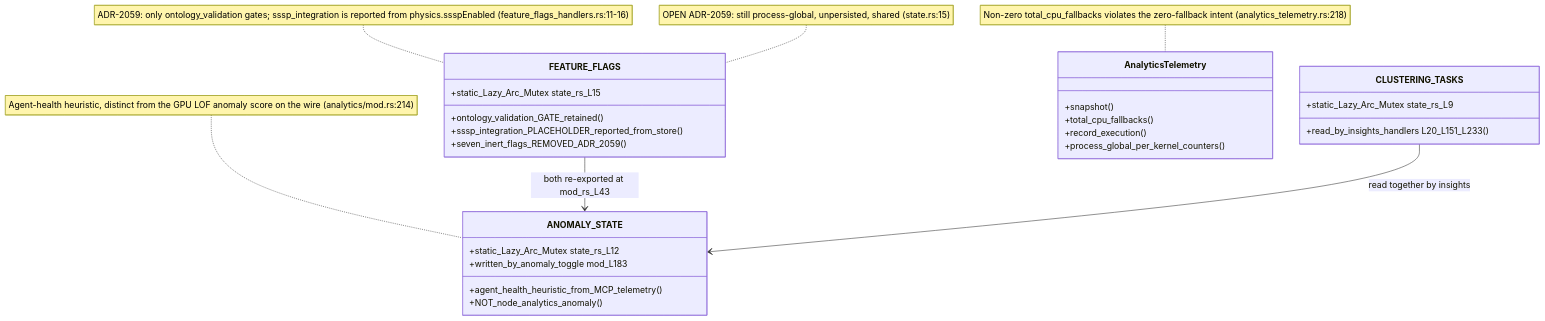
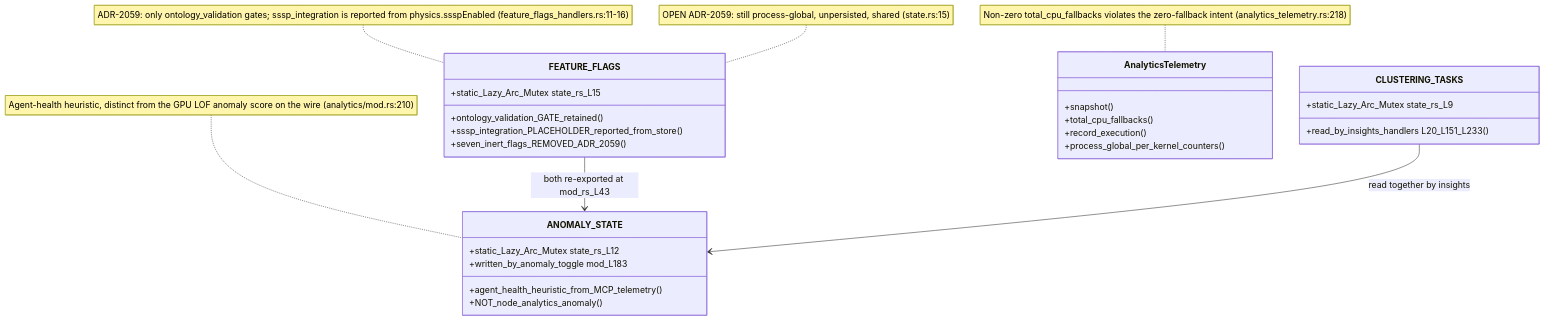
One commit to DreamLab-AI/VisionFlow changed the ninth of 10 diagrams in docs/diagrams/visionclaw/18-analytics-support-handlers.md. Above: the diagram before and after it, drawn with Mermaid. The commit also changed other lines of this file and 46 other files, not shown here.

Commit message:
docs(diagrams): re-verify VisionClaw topics at 809a859aa/a950f4d80 after the consolidation pass

````diff
--- a/docs/diagrams/visionclaw/18-analytics-support-handlers.md
+++ b/docs/diagrams/visionclaw/18-analytics-support-handlers.md
@@ -337,32 +341,32 @@
 ```mermaid
 classDiagram
     class FEATURE_FLAGS {
         +static_Lazy_Arc_Mutex state_rs_L15
         +ontology_validation_GATE_retained()
         +sssp_integration_PLACEHOLDER_reported_from_store()
         +seven_inert_flags_REMOVED_ADR_2059()
     }
     class ANOMALY_STATE {
         +static_Lazy_Arc_Mutex state_rs_L12
         +agent_health_heuristic_from_MCP_telemetry()
         +written_by_anomaly_toggle mod_L183
         +NOT_node_analytics_anomaly()
     }
     class CLUSTERING_TASKS {
         +static_Lazy_Arc_Mutex state_rs_L9
         +read_by_insights_handlers L20_L151_L233()
     }
     class AnalyticsTelemetry {
         +snapshot()
         +total_cpu_fallbacks()
         +record_execution()
         +process_global_per_kernel_counters()
     }
     FEATURE_FLAGS --> ANOMALY_STATE : both re-exported at mod_rs_L43
     CLUSTERING_TASKS --> ANOMALY_STATE : read together by insights
 
     note for FEATURE_FLAGS "ADR-2059: only ontology_validation gates; sssp_integration is reported from physics.ssspEnabled (feature_flags_handlers.rs:11-16)"
     note for FEATURE_FLAGS "OPEN ADR-2059: still process-global, unpersisted, shared (state.rs:15)"
-    note for ANOMALY_STATE "Agent-health heuristic, distinct from the GPU LOF anomaly score on the wire (analytics/mod.rs:214)"
+    note for ANOMALY_STATE "Agent-health heuristic, distinct from the GPU LOF anomaly score on the wire (analytics/mod.rs:210)"
     note for AnalyticsTelemetry "Non-zero total_cpu_fallbacks violates the zero-fallback intent (analytics_telemetry.rs:218)"
 ```
````
